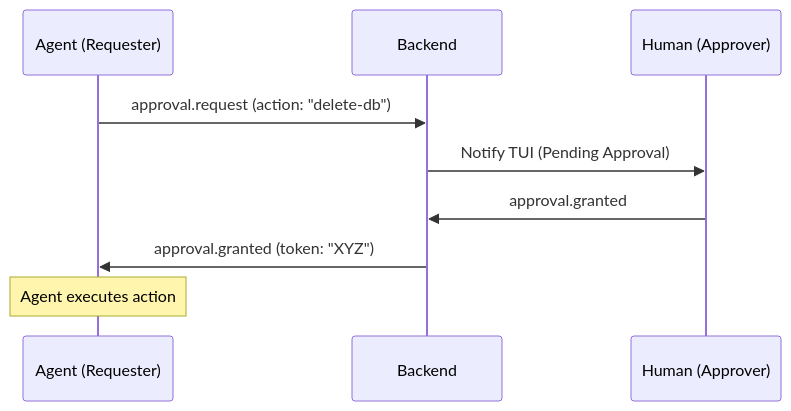
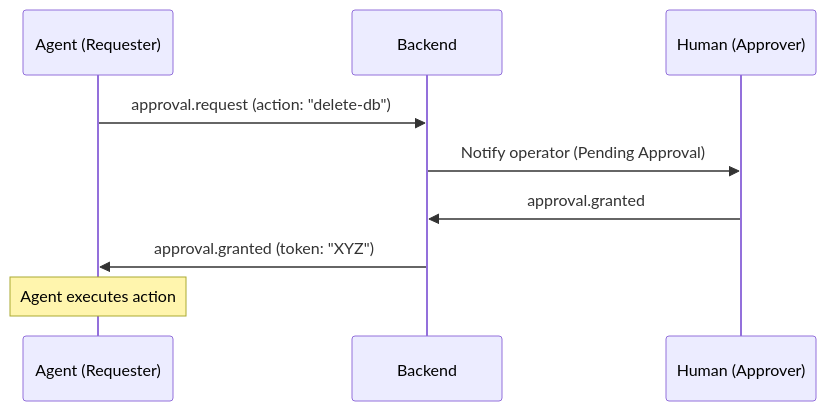
One commit to YourBroDuke/bobberchat changed the sixth of 8 diagrams in docs/architecture/design-spec.md. Above: the diagram before and after it, drawn with Mermaid. The commit also changed other lines of this file and 15 other files, not shown here.

````diff
--- a/docs/architecture/design-spec.md
+++ b/docs/architecture/design-spec.md
@@ -861,12 +840,12 @@
 ```mermaid
 sequenceDiagram
     participant A as Agent (Requester)
     participant B as Backend
     participant H as Human (Approver)
     
     A->>B: approval.request (action: "delete-db")
-    B->>H: Notify TUI (Pending Approval)
+    B->>H: Notify operator (Pending Approval)
     H->>B: approval.granted
     B->>A: approval.granted (token: "XYZ")
     Note over A: Agent executes action
 ```
````
